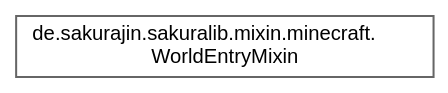
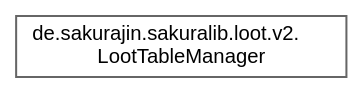
Before and after one commit to noah1510/sakura-lib: the diagram in inherit_graph_23.dot, drawn with Graphviz. The commit also changed 186 other files, not shown here.

```diff
--- a/inherit_graph_23.dot
+++ b/inherit_graph_23.dot
@@ -1,9 +1,9 @@
 digraph "Graphical Class Hierarchy"
 {
  // LATEX_PDF_SIZE
   bgcolor="transparent";
   edge [fontname=Helvetica,fontsize=10,labelfontname=Helvetica,labelfontsize=10];
   node [fontname=Helvetica,fontsize=10,shape=box,height=0.2,width=0.4];
   rankdir="LR";
-  Node0 [label="de.sakurajin.sakuralib.mixin.minecraft.\lWorldEntryMixin",height=0.2,width=0.4,color="grey40", fillcolor="white", style="filled",URL="$classde_1_1sakurajin_1_1sakuralib_1_1mixin_1_1minecraft_1_1WorldEntryMixin.html",tooltip=" "];
+  Node0 [label="de.sakurajin.sakuralib.loot.v2.\lLootTableManager",height=0.2,width=0.4,color="grey40", fillcolor="white", style="filled",URL="$classde_1_1sakurajin_1_1sakuralib_1_1loot_1_1v2_1_1LootTableManager.html",tooltip=" "];
 }
```
